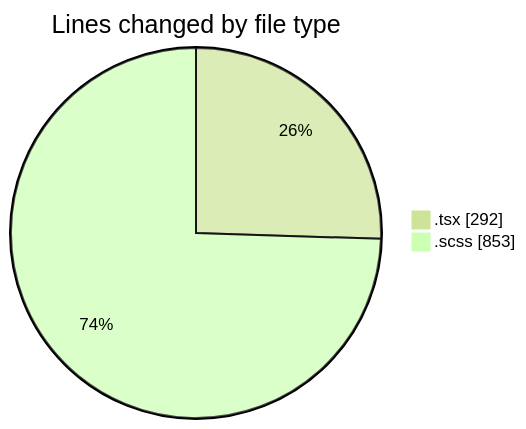
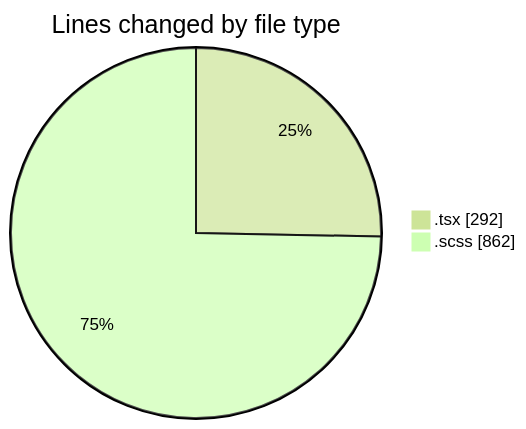
One commit to momahboobian/code-tracking changed the first of 2 diagrams in 2025-09-19/cda/README.md. Above: the diagram before and after it, drawn with Mermaid (forest theme). The commit also changed other lines of this file and 1 other file, not shown here.

````diff
--- a/2025-09-19/cda/README.md
+++ b/2025-09-19/cda/README.md
@@ -21,6 +21,6 @@
 ```mermaid
 pie showData
 title Lines changed by file type
 ".tsx" : 292
-".scss" : 853
+".scss" : 862
 ```
````
